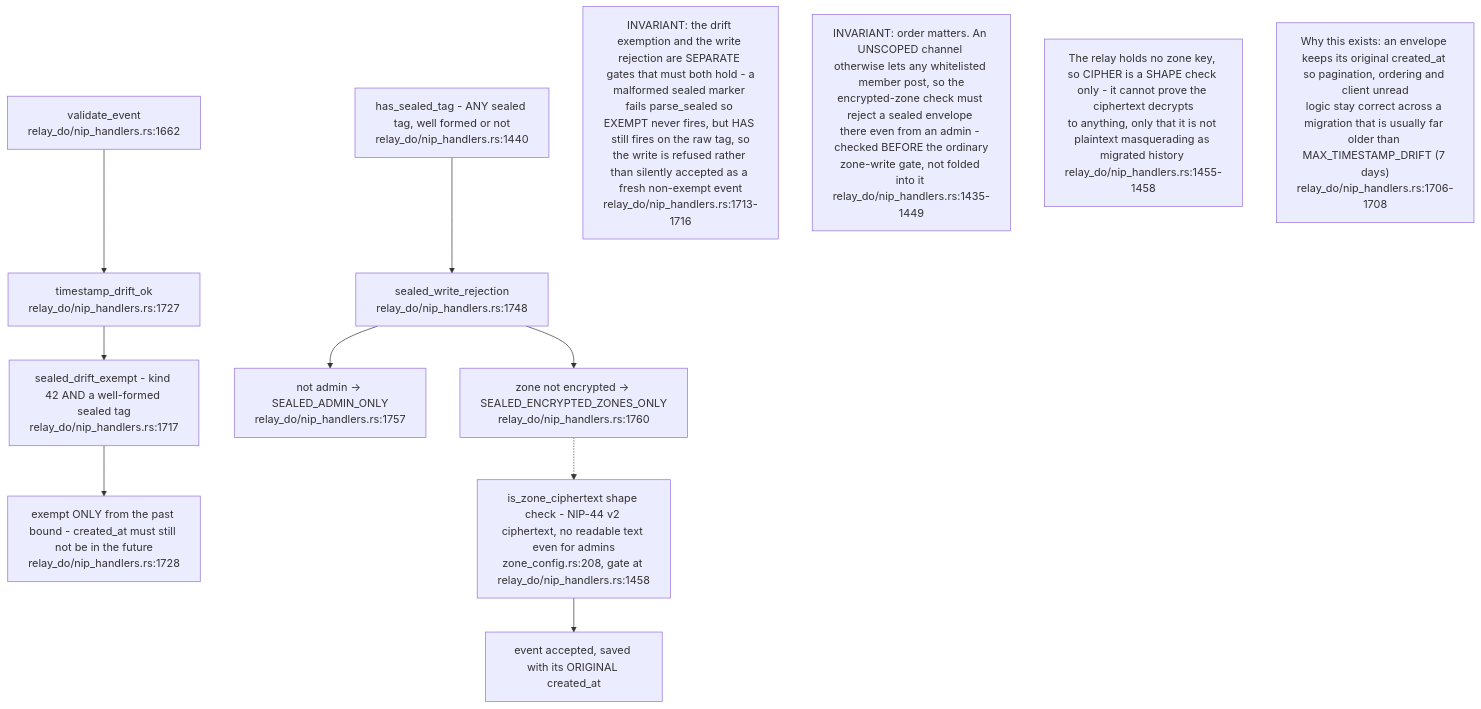
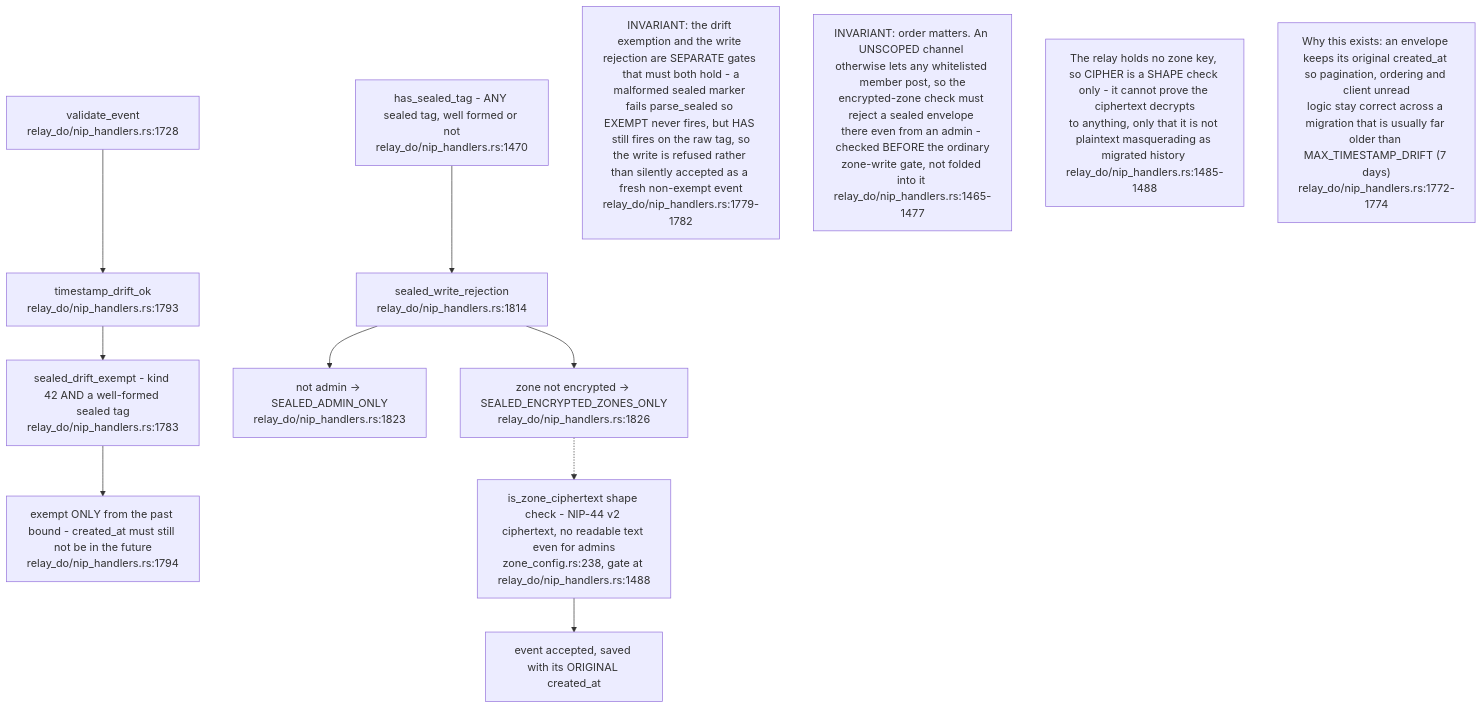
Diagram 15 of 18 in docs/diagrams/nostr-rust-forum/11-relay-durable-object-internals.md (DreamLab-AI/VisionFlow), drawn with Mermaid before and after one commit. The commit also changed other lines of this file, not shown here.

First line of the commit message:
docs(diagrams): re-verify NF-11 against nostr-rust-forum af4f0d5

````diff
--- a/docs/diagrams/nostr-rust-forum/11-relay-durable-object-internals.md
+++ b/docs/diagrams/nostr-rust-forum/11-relay-durable-object-internals.md
@@ -464,23 +479,23 @@
 ```mermaid
 flowchart TB
-    VAL["validate_event<br/>relay_do/nip_handlers.rs:1662"]
-    DRIFT["timestamp_drift_ok<br/>relay_do/nip_handlers.rs:1727"]
-    EXEMPT["sealed_drift_exempt - kind 42 AND a well-formed sealed tag<br/>relay_do/nip_handlers.rs:1717"]
-    PAST["exempt ONLY from the past bound - created_at must still not be in the future<br/>relay_do/nip_handlers.rs:1728"]
-    HAS["has_sealed_tag - ANY sealed tag, well formed or not<br/>relay_do/nip_handlers.rs:1440"]
-    REJ["sealed_write_rejection<br/>relay_do/nip_handlers.rs:1748"]
-    ADMIN["not admin -> SEALED_ADMIN_ONLY<br/>relay_do/nip_handlers.rs:1757"]
-    ENCZ["zone not encrypted -> SEALED_ENCRYPTED_ZONES_ONLY<br/>relay_do/nip_handlers.rs:1760"]
-    CIPHER["is_zone_ciphertext shape check - NIP-44 v2 ciphertext, no readable text even for admins<br/>zone_config.rs:208, gate at relay_do/nip_handlers.rs:1458"]
+    VAL["validate_event<br/>relay_do/nip_handlers.rs:1728"]
+    DRIFT["timestamp_drift_ok<br/>relay_do/nip_handlers.rs:1793"]
+    EXEMPT["sealed_drift_exempt - kind 42 AND a well-formed sealed tag<br/>relay_do/nip_handlers.rs:1783"]
+    PAST["exempt ONLY from the past bound - created_at must still not be in the future<br/>relay_do/nip_handlers.rs:1794"]
+    HAS["has_sealed_tag - ANY sealed tag, well formed or not<br/>relay_do/nip_handlers.rs:1470"]
+    REJ["sealed_write_rejection<br/>relay_do/nip_handlers.rs:1814"]
+    ADMIN["not admin -> SEALED_ADMIN_ONLY<br/>relay_do/nip_handlers.rs:1823"]
+    ENCZ["zone not encrypted -> SEALED_ENCRYPTED_ZONES_ONLY<br/>relay_do/nip_handlers.rs:1826"]
+    CIPHER["is_zone_ciphertext shape check - NIP-44 v2 ciphertext, no readable text even for admins<br/>zone_config.rs:238, gate at relay_do/nip_handlers.rs:1488"]
     OK["event accepted, saved with its ORIGINAL created_at"]
 
     VAL --> DRIFT --> EXEMPT --> PAST
     HAS --> REJ --> ADMIN
     REJ --> ENCZ
     ENCZ -.-> CIPHER --> OK
 
-    N1["INVARIANT: the drift exemption and the write rejection are SEPARATE gates that must both hold - a<br/>malformed sealed marker fails parse_sealed so EXEMPT never fires, but HAS still fires on the raw tag, so<br/>the write is refused rather than silently accepted as a fresh non-exempt event<br/>relay_do/nip_handlers.rs:1713-1716"]
-    N2["INVARIANT: order matters. An UNSCOPED channel otherwise lets any whitelisted member post, so the<br/>encrypted-zone check must reject a sealed envelope there even from an admin - checked BEFORE the ordinary<br/>zone-write gate, not folded into it relay_do/nip_handlers.rs:1435-1449"]
-    N3["The relay holds no zone key, so CIPHER is a SHAPE check only - it cannot prove the ciphertext decrypts<br/>to anything, only that it is not plaintext masquerading as migrated history relay_do/nip_handlers.rs:1455-1458"]
-    N4["Why this exists: an envelope keeps its original created_at so pagination, ordering and client unread<br/>logic stay correct across a migration that is usually far older than MAX_TIMESTAMP_DRIFT (7 days)<br/>relay_do/nip_handlers.rs:1706-1708"]
+    N1["INVARIANT: the drift exemption and the write rejection are SEPARATE gates that must both hold - a<br/>malformed sealed marker fails parse_sealed so EXEMPT never fires, but HAS still fires on the raw tag, so<br/>the write is refused rather than silently accepted as a fresh non-exempt event<br/>relay_do/nip_handlers.rs:1779-1782"]
+    N2["INVARIANT: order matters. An UNSCOPED channel otherwise lets any whitelisted member post, so the<br/>encrypted-zone check must reject a sealed envelope there even from an admin - checked BEFORE the ordinary<br/>zone-write gate, not folded into it relay_do/nip_handlers.rs:1465-1477"]
+    N3["The relay holds no zone key, so CIPHER is a SHAPE check only - it cannot prove the ciphertext decrypts<br/>to anything, only that it is not plaintext masquerading as migrated history relay_do/nip_handlers.rs:1485-1488"]
+    N4["Why this exists: an envelope keeps its original created_at so pagination, ordering and client unread<br/>logic stay correct across a migration that is usually far older than MAX_TIMESTAMP_DRIFT (7 days)<br/>relay_do/nip_handlers.rs:1772-1774"]
 ```
````
